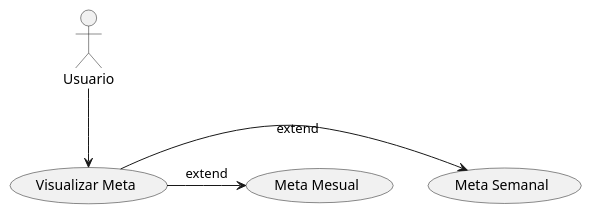
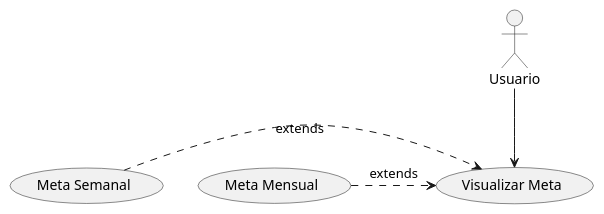
The third of 16 diagrams in Documentos/template.md (AlvariroA/dcapp), drawn with PlantUML before and after one commit. The commit also changed other lines of this file, not shown here.

````diff
--- a/Documentos/template.md
+++ b/Documentos/template.md
@@ -43,11 +45,11 @@
 ```plantuml
 @startuml
 
 Usuario --> (Visualizar Meta) 
     
-(Visualizar Meta) -> (Meta Semanal) :extend
-(Visualizar Meta) -> (Meta Mesual) :extend
+(Meta Semanal) .> (Visualizar Meta) :extends
+(Meta Mensual) .> (Visualizar Meta) :extends
 
 
 @enduml
 ```
````
